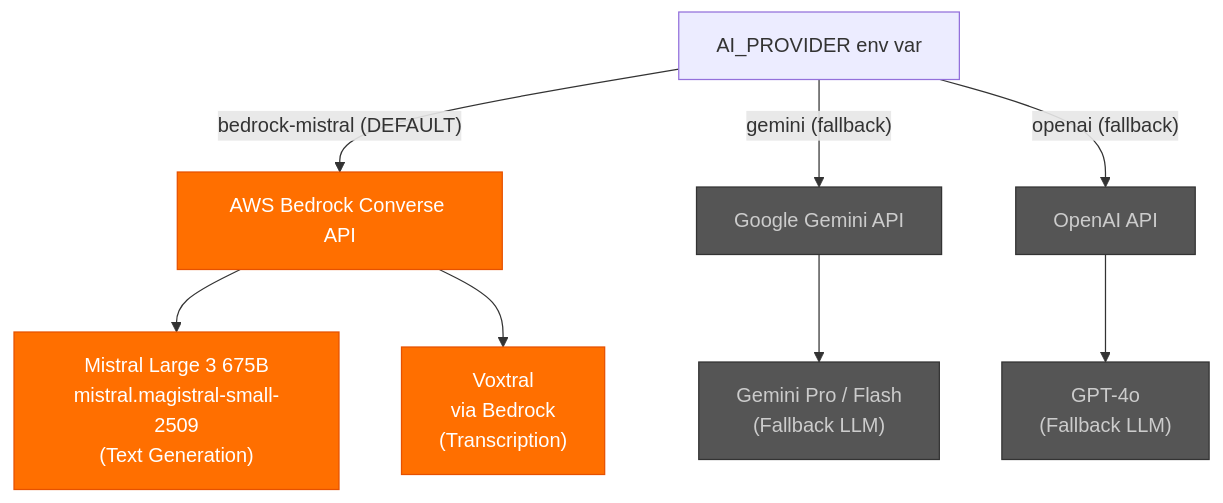
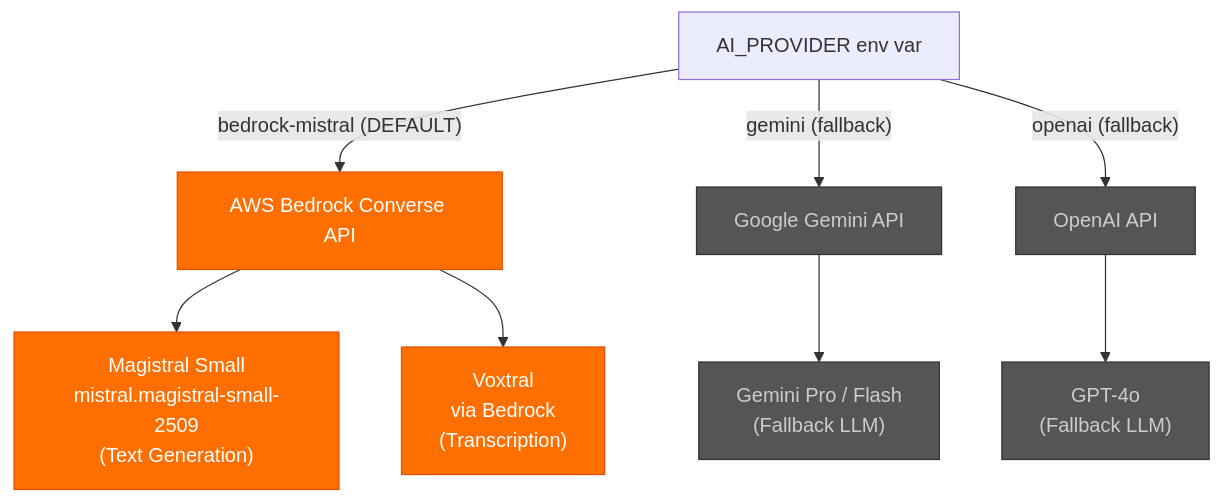
The first of 3 diagrams in ARCHITECTURE.md (Hamza-Rivon/webl-hackathon), drawn with Mermaid before and after one commit. The commit also changed other lines of this file and 82 other files, not shown here.

Commit message:
Update architecture documentation to reflect changes in AI model usages. Introduce PITCH.md for project overview and objectives, detailing the AI video editing platform's capabilities and workflow.

````diff
--- a/ARCHITECTURE.md
+++ b/ARCHITECTURE.md
@@ -17,20 +17,20 @@
 ```mermaid
 flowchart TD
     ENV["AI_PROVIDER env var"] -->|"bedrock-mistral (DEFAULT)"| BM["AWS Bedrock Converse API"]
     ENV -->|"gemini (fallback)"| GEM["Google Gemini API"]
     ENV -->|"openai (fallback)"| OAI["OpenAI API"]
 
-    BM --> ML3["Mistral Large 3 675B\nmistral.magistral-small-2509\n(Text Generation)"]
+    BM --> ML3["Magistral Small\nmistral.magistral-small-2509\n(Text Generation)"]
     BM --> VOX["Voxtral\nvia Bedrock\n(Transcription)"]
 
     GEM --> GP["Gemini Pro / Flash\n(Fallback LLM)"]
     OAI --> GPT["GPT-4o\n(Fallback LLM)"]
 
     style BM fill:#ff6f00,stroke:#e65100,color:#fff
     style ML3 fill:#ff6f00,stroke:#e65100,color:#fff
     style VOX fill:#ff6f00,stroke:#e65100,color:#fff
     style GEM fill:#555,stroke:#333,color:#ccc
     style OAI fill:#555,stroke:#333,color:#ccc
     style GP fill:#555,stroke:#333,color:#ccc
     style GPT fill:#555,stroke:#333,color:#ccc
 ```
````
